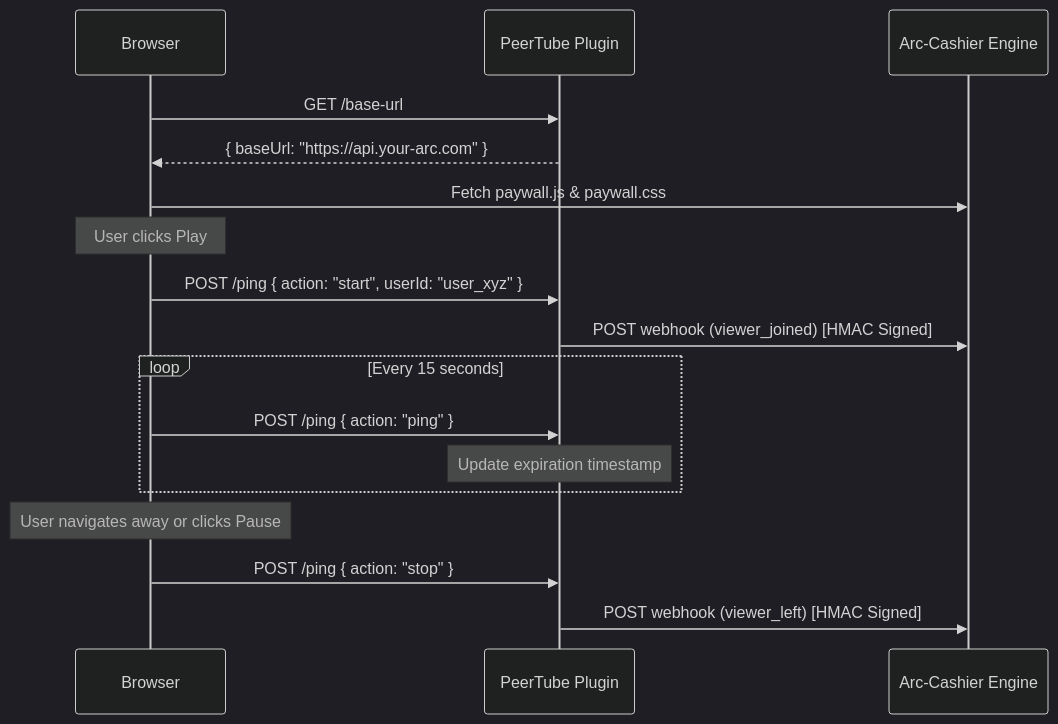
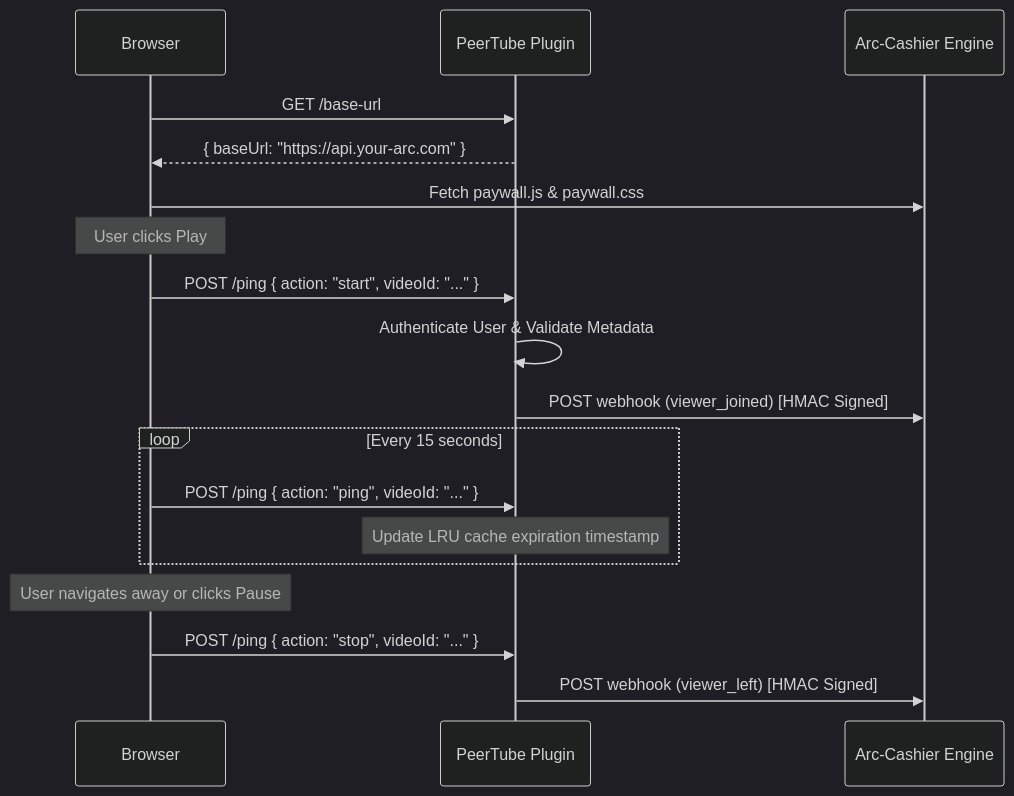
One commit to JaDi03/peertube-plugin-tessera changed the diagram in README.md. Above: the diagram before and after it, drawn with Mermaid (dark theme). The commit also changed other lines of this file, not shown here.

Commit message:
docs: update README with new architecture and pro standard

````diff
--- a/README.md
+++ b/README.md
@@ -55,23 +59,24 @@
 ```mermaid
 sequenceDiagram
     participant Browser
     participant PluginServer as PeerTube Plugin
     participant ArcCashier as Arc-Cashier Engine
     
     Browser->>PluginServer: GET /base-url
     PluginServer-->>Browser: { baseUrl: "https://api.your-arc.com" }
     Browser->>ArcCashier: Fetch paywall.js & paywall.css
     
     Note over Browser: User clicks Play
-    Browser->>PluginServer: POST /ping { action: "start", userId: "user_xyz" }
+    Browser->>PluginServer: POST /ping { action: "start", videoId: "..." }
+    PluginServer->>PluginServer: Authenticate User & Validate Metadata
     PluginServer->>ArcCashier: POST webhook (viewer_joined) [HMAC Signed]
     
     loop Every 15 seconds
-        Browser->>PluginServer: POST /ping { action: "ping" }
-        Note over PluginServer: Update expiration timestamp
+        Browser->>PluginServer: POST /ping { action: "ping", videoId: "..." }
+        Note over PluginServer: Update LRU cache expiration timestamp
     end
     
     Note over Browser: User navigates away or clicks Pause
-    Browser->>PluginServer: POST /ping { action: "stop" }
+    Browser->>PluginServer: POST /ping { action: "stop", videoId: "..." }
     PluginServer->>ArcCashier: POST webhook (viewer_left) [HMAC Signed]
 ```
````
